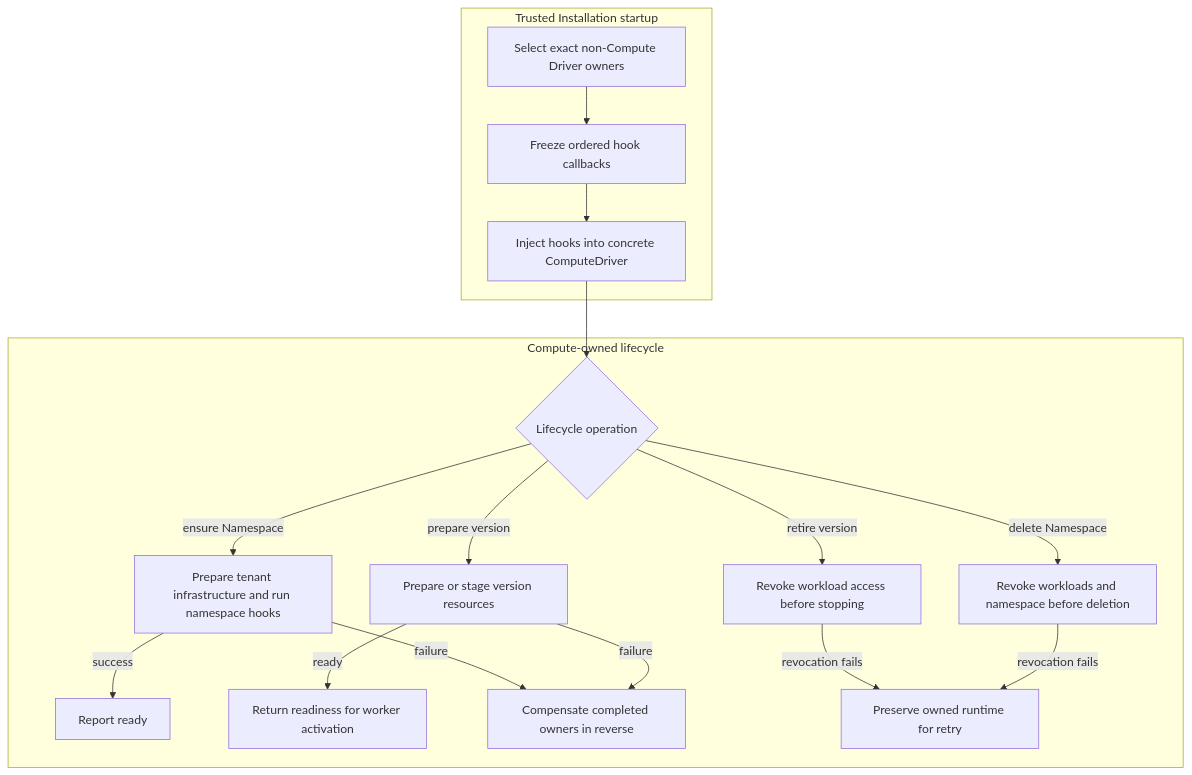
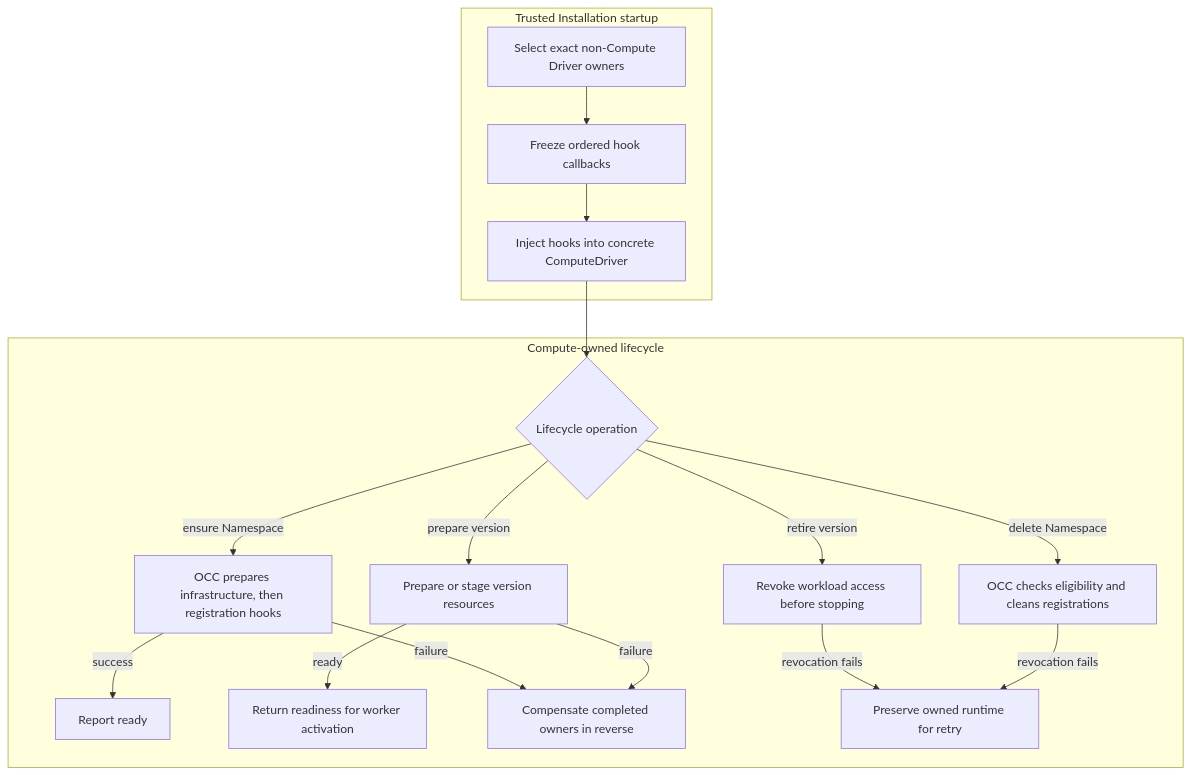
The diagram in docs/flows/compute-driver-lifecycle-hooks.md (openclaw/openclaw-enterprise), drawn with Mermaid before and after one commit. The commit also changed other lines of this file and 53 other files, not shown here.

Commit message:
feat(occ): reconcile Namespace Driver setup and OpenShell gateways

````diff
--- a/docs/flows/compute-driver-lifecycle-hooks.md
+++ b/docs/flows/compute-driver-lifecycle-hooks.md
@@ -27,21 +28,21 @@
 ```mermaid
 graph TD
   subgraph Startup["Trusted Installation startup"]
     A["Select exact non-Compute Driver owners"] --> B["Freeze ordered hook callbacks"]
     B --> C["Inject hooks into concrete ComputeDriver"]
   end
 
   subgraph Lifecycle["Compute-owned lifecycle"]
     C --> D{"Lifecycle operation"}
-    D -->|ensure Namespace| E["Prepare tenant infrastructure and run namespace hooks"]
+    D -->|ensure Namespace| E["OCC prepares infrastructure, then registration hooks"]
     D -->|prepare version| F["Prepare or stage version resources"]
     D -->|retire version| G["Revoke workload access before stopping"]
-    D -->|delete Namespace| H["Revoke workloads and namespace before deletion"]
+    D -->|delete Namespace| H["OCC checks eligibility and cleans registrations"]
     E -->|success| I["Report ready"]
     F -->|ready| J["Return readiness for worker activation"]
     E -->|failure| K["Compensate completed owners in reverse"]
     F -->|failure| K
     G -->|revocation fails| L["Preserve owned runtime for retry"]
     H -->|revocation fails| L
   end
 ```
````
